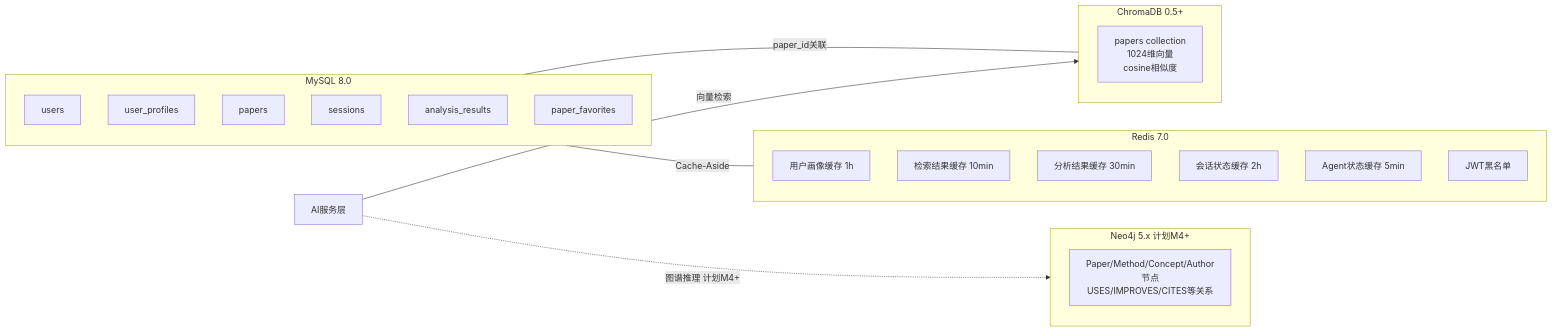
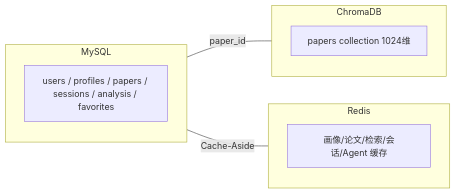
One commit to Fsu7/Veritas- changed the second of 2 diagrams in AGENTS.md. Above: the diagram before and after it, drawn with Mermaid. The commit also changed other lines of this file and 27 other files, not shown here.

````diff
--- a/AGENTS.md
+++ b/AGENTS.md
@@ -64,29 +35,14 @@
 ```mermaid
 graph LR
-    subgraph MySQL8[MySQL 8.0]
-        T1[users]
-        T2[user_profiles]
-        T3[papers]
-        T4[sessions]
-        T5[analysis_results]
-        T6[paper_favorites]
+    subgraph MySQL8[MySQL]
+        T1[users / profiles / papers / sessions / analysis / favorites]
     end
-    subgraph Redis7[Redis 7.0]
-        C1[用户画像缓存 1h]
-        C2[检索结果缓存 10min]
-        C3[分析结果缓存 30min]
-        C4[会话状态缓存 2h]
-        C5[Agent状态缓存 5min]
-        C6[JWT黑名单]
+    subgraph Redis7[Redis]
+        C1[画像/论文/检索/会话/Agent 缓存]
     end
-    subgraph Chroma[ChromaDB 0.5+]
-        V1[papers collection<br/>1024维向量<br/>cosine相似度]
+    subgraph Chroma[ChromaDB]
+        V1[papers collection 1024维]
     end
-    subgraph Neo4j[Neo4j 5.x 计划M4+]
-        G1[Paper/Method/Concept/Author节点<br/>USES/IMPROVES/CITES等关系]
-    end
-    MySQL8 ---|paper_id关联| Chroma
+    MySQL8 ---|paper_id| Chroma
     MySQL8 ---|Cache-Aside| Redis7
-    AI服务层 -->|向量检索| Chroma
-    AI服务层 -.->|图谱推理 计划M4+| Neo4j
 ```
````
